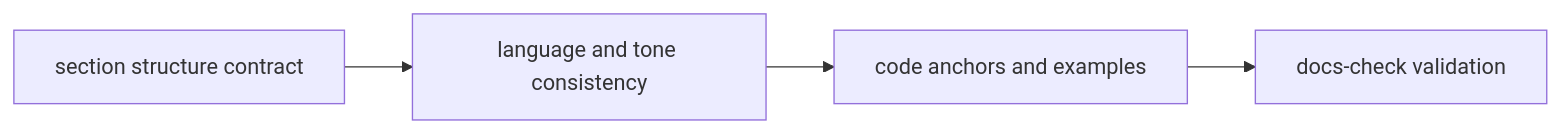
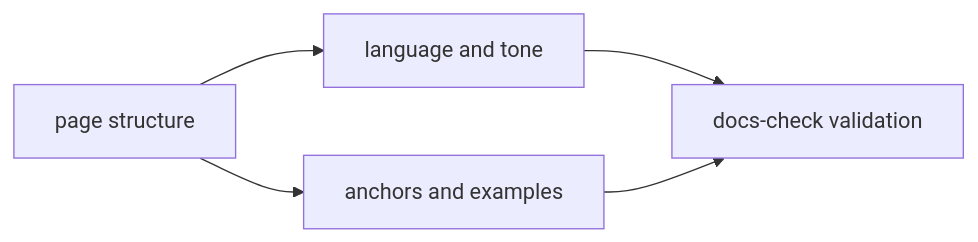
The diagram in docs/bijux-dev/governance/documentation-standard.md (bijux/bijux-cli), drawn with Mermaid before and after one commit. The commit also changed other lines of this file, not shown here.

````diff
--- a/docs/bijux-dev/governance/documentation-standard.md
+++ b/docs/bijux-dev/governance/documentation-standard.md
@@ -17,6 +19,7 @@
 ```mermaid
 flowchart LR
-    structure[section structure contract] --> language_style[language and tone consistency]
-    language_style --> anchors[code anchors and examples]
-    anchors --> validation[docs-check validation]
+    structure["page structure"] --> language_style["language and tone"]
+    structure --> anchors["anchors and examples"]
+    language_style --> validation["docs-check validation"]
+    anchors --> validation
 ```
````
